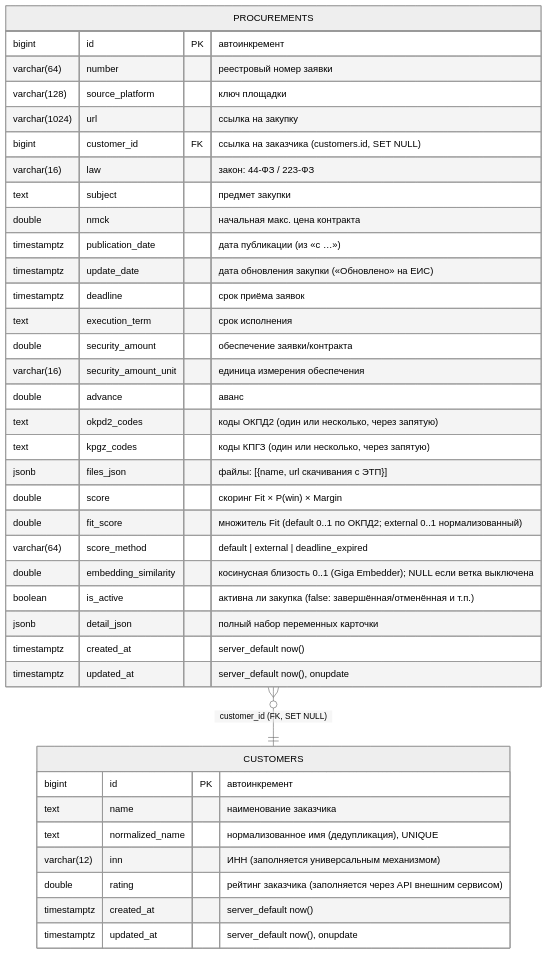
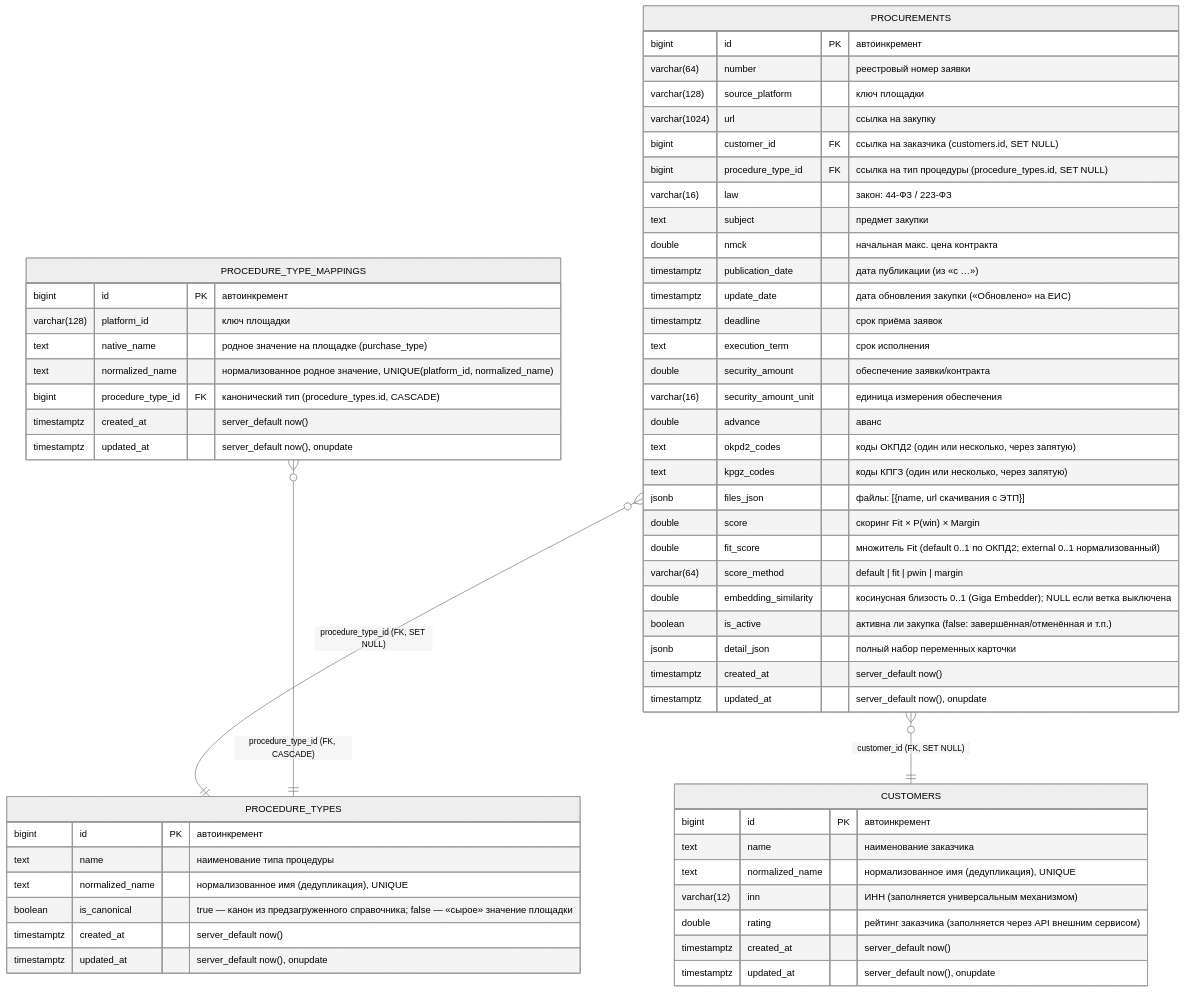
Before and after one commit to igorvolk1961/zakupki_parser: the diagram in docs/c4/db-schema.md, drawn with Mermaid (neutral theme). The commit also changed other lines of this file and 17 other files, not shown here.

Commit message:
БД/web: справочник типов процедур (канон + маппинг площадок) + purchase_type на всех площадках

````diff
--- a/docs/c4/db-schema.md
+++ b/docs/c4/db-schema.md
@@ -6,43 +6,65 @@
 ```mermaid
 erDiagram
     CUSTOMERS {
         bigint id PK "автоинкремент"
         text name "наименование заказчика"
         text normalized_name "нормализованное имя (дедупликация), UNIQUE"
         varchar(12) inn "ИНН (заполняется универсальным механизмом)"
         double rating "рейтинг заказчика (заполняется через API внешним сервисом)"
         timestamptz created_at "server_default now()"
         timestamptz updated_at "server_default now(), onupdate"
     }
 
+    PROCEDURE_TYPES {
+        bigint id PK "автоинкремент"
+        text name "наименование типа процедуры"
+        text normalized_name "нормализованное имя (дедупликация), UNIQUE"
+        boolean is_canonical "true — канон из предзагруженного справочника; false — «сырое» значение площадки"
+        timestamptz created_at "server_default now()"
+        timestamptz updated_at "server_default now(), onupdate"
+    }
+
+    PROCEDURE_TYPE_MAPPINGS {
+        bigint id PK "автоинкремент"
+        varchar(128) platform_id "ключ площадки"
+        text native_name "родное значение на площадке (purchase_type)"
+        text normalized_name "нормализованное родное значение, UNIQUE(platform_id, normalized_name)"
+        bigint procedure_type_id FK "канонический тип (procedure_types.id, CASCADE)"
+        timestamptz created_at "server_default now()"
+        timestamptz updated_at "server_default now(), onupdate"
+    }
+
     PROCUREMENTS {
         bigint id PK "автоинкремент"
         varchar(64) number "реестровый номер заявки"
         varchar(128) source_platform "ключ площадки"
         varchar(1024) url "ссылка на закупку"
         bigint customer_id FK "ссылка на заказчика (customers.id, SET NULL)"
+        bigint procedure_type_id FK "ссылка на тип процедуры (procedure_types.id, SET NULL)"
         varchar(16) law "закон: 44-ФЗ / 223-ФЗ"
         text subject "предмет закупки"
         double nmck "начальная макс. цена контракта"
         timestamptz publication_date "дата публикации (из «с …»)"
         timestamptz update_date "дата обновления закупки («Обновлено» на ЕИС)"
         timestamptz deadline "срок приёма заявок"
         text execution_term "срок исполнения"
         double security_amount "обеспечение заявки/контракта"
         varchar(16) security_amount_unit "единица измерения обеспечения"
         double advance "аванс"
         text okpd2_codes "коды ОКПД2 (один или несколько, через запятую)"
         text kpgz_codes "коды КПГЗ (один или несколько, через запятую)"
         jsonb files_json "файлы: [{name, url скачивания с ЭТП}]"
         double score "скоринг Fit × P(win) × Margin"
         double fit_score "множитель Fit (default 0..1 по ОКПД2; external 0..1 нормализованный)"
-        varchar(64) score_method "default | external | deadline_expired"
+        varchar(64) score_method "default | fit | pwin | margin"
         double embedding_similarity "косинусная близость 0..1 (Giga Embedder); NULL если ветка выключена"
         boolean is_active "активна ли закупка (false: завершённая/отменённая и т.п.)"
         jsonb detail_json "полный набор переменных карточки"
         timestamptz created_at "server_default now()"
         timestamptz updated_at "server_default now(), onupdate"
     }
 
     PROCUREMENTS }o--|| CUSTOMERS : "customer_id (FK, SET NULL)"
+    PROCUREMENTS }o--|| PROCEDURE_TYPES : "procedure_type_id (FK, SET NULL)"
+    PROCEDURE_TYPE_MAPPINGS }o--|| PROCEDURE_TYPES : "procedure_type_id (FK, CASCADE)"
 ```
````
